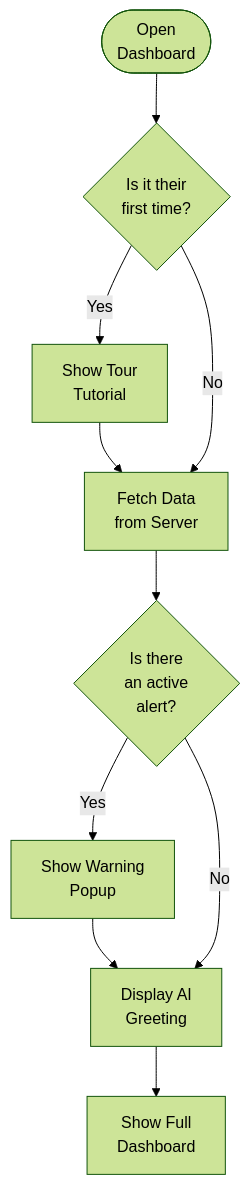
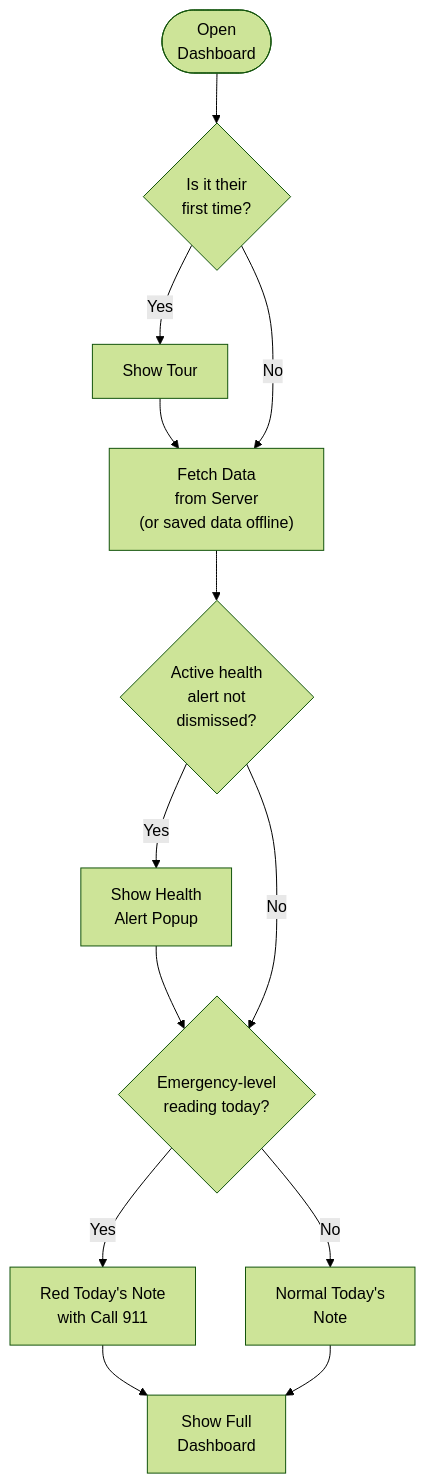
Before and after one commit to Quixotic-MJ/HEARTLINK_APP: the sixth of 18 diagrams in documentation/USER_FLOWS.md, drawn with Mermaid (forest theme). The commit also changed other lines of this file and 31 other files, not shown here.

````diff
--- a/documentation/USER_FLOWS.md
+++ b/documentation/USER_FLOWS.md
@@ -174,17 +191,19 @@
 ```mermaid
 flowchart TD
     A(["Open<br/>Dashboard"]) --> B{"Is it their<br/>first time?"}
-    
-    B -- Yes --> C["Show Tour<br/>Tutorial"]
+
+    B -- Yes --> C["Show Tour"]
     C --> D
-    
-    B -- No --> D["Fetch Data<br/>from Server"]
-    
-    D --> E{"Is there<br/>an active<br/>alert?"}
-    
-    E -- Yes --> F["Show Warning<br/>Popup"]
+
+    B -- No --> D["Fetch Data<br/>from Server<br/>(or saved data offline)"]
+
+    D --> E{"Active health<br/>alert not<br/>dismissed?"}
+    E -- Yes --> F["Show Health<br/>Alert Popup"]
     F --> G
-    
-    E -- No --> G["Display AI<br/>Greeting"]
-    G --> H["Show Full<br/>Dashboard"]
+    E -- No --> G{"Emergency-level<br/>reading today?"}
+
+    G -- Yes --> G1["Red Today's Note<br/>with Call 911"]
+    G -- No --> G2["Normal Today's<br/>Note"]
+    G1 --> H["Show Full<br/>Dashboard"]
+    G2 --> H
 ```
````
